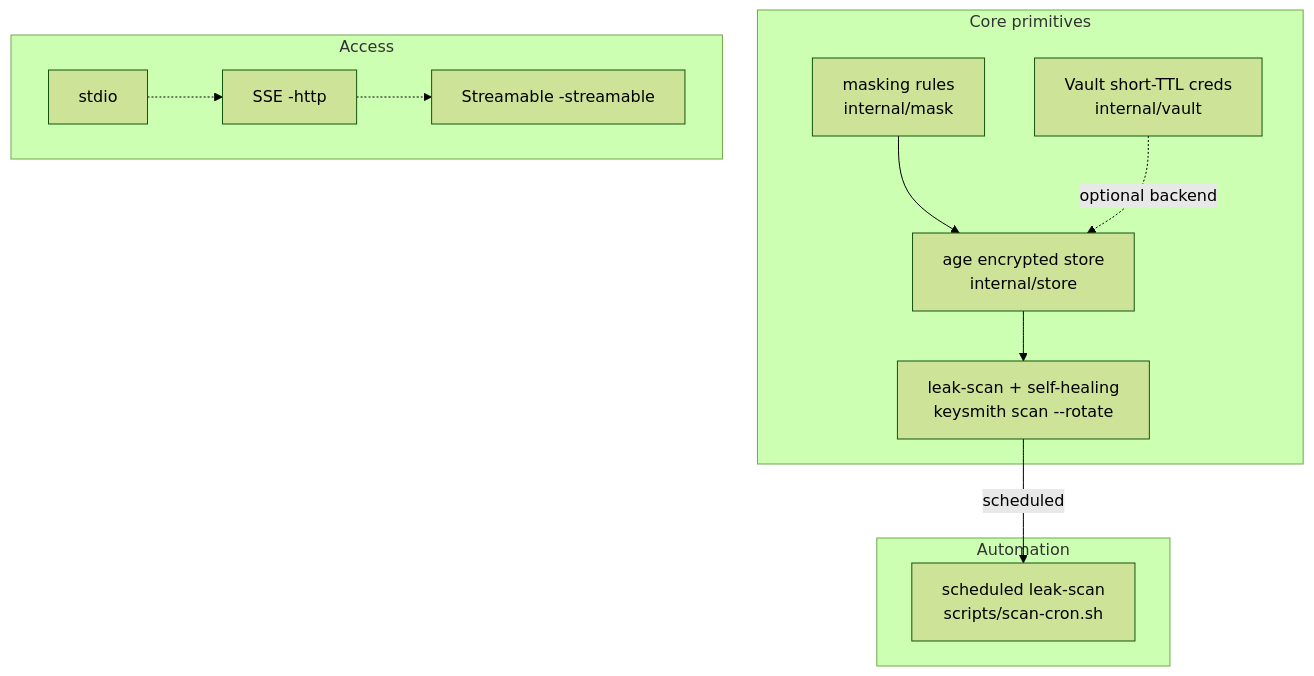
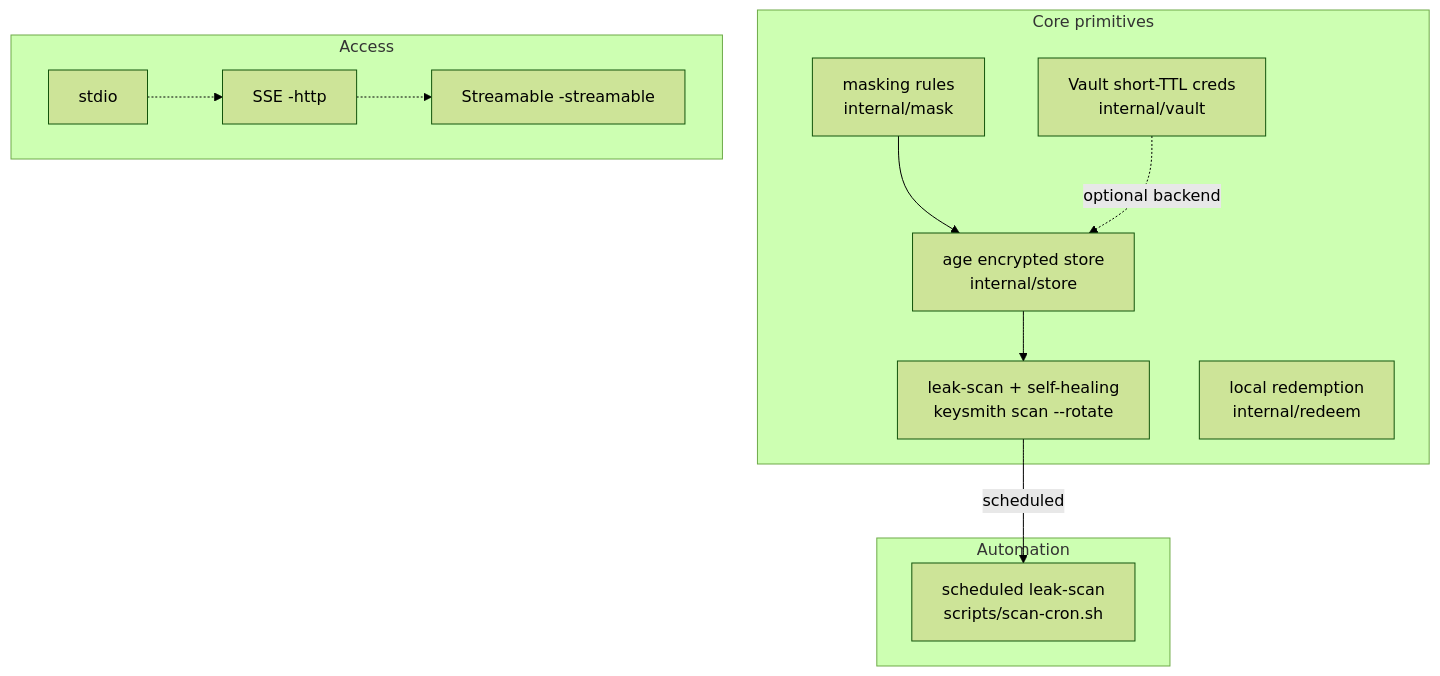
The diagram in README.md (sscodeai/keysmith), drawn with Mermaid (forest theme) before and after one commit. The commit also changed other lines of this file and 5 other files, not shown here.

````diff
--- a/README.md
+++ b/README.md
@@ -139,26 +175,27 @@
 ```mermaid
 flowchart TB
     subgraph Core["Core primitives"]
         STORE[age encrypted store<br/>internal/store]
         MASK[masking rules<br/>internal/mask]
         SCAN[leak-scan + self-healing<br/>keysmith scan --rotate]
         VAULT[Vault short-TTL creds<br/>internal/vault]
+        REDEEM[local redemption<br/>internal/redeem]
     end
 
     subgraph Auto["Automation"]
         CRON[scheduled leak-scan<br/>scripts/scan-cron.sh]
     end
 
     subgraph Access["Access"]
         STDIO[stdio]
         SSE[SSE -http]
         STREAM[Streamable -streamable]
     end
 
     SCAN -->|scheduled| CRON
     STORE --> SCAN
     MASK --> STORE
     VAULT -.->|optional backend| STORE
     STDIO -.-> SSE
     SSE -.-> STREAM
 ```
````
